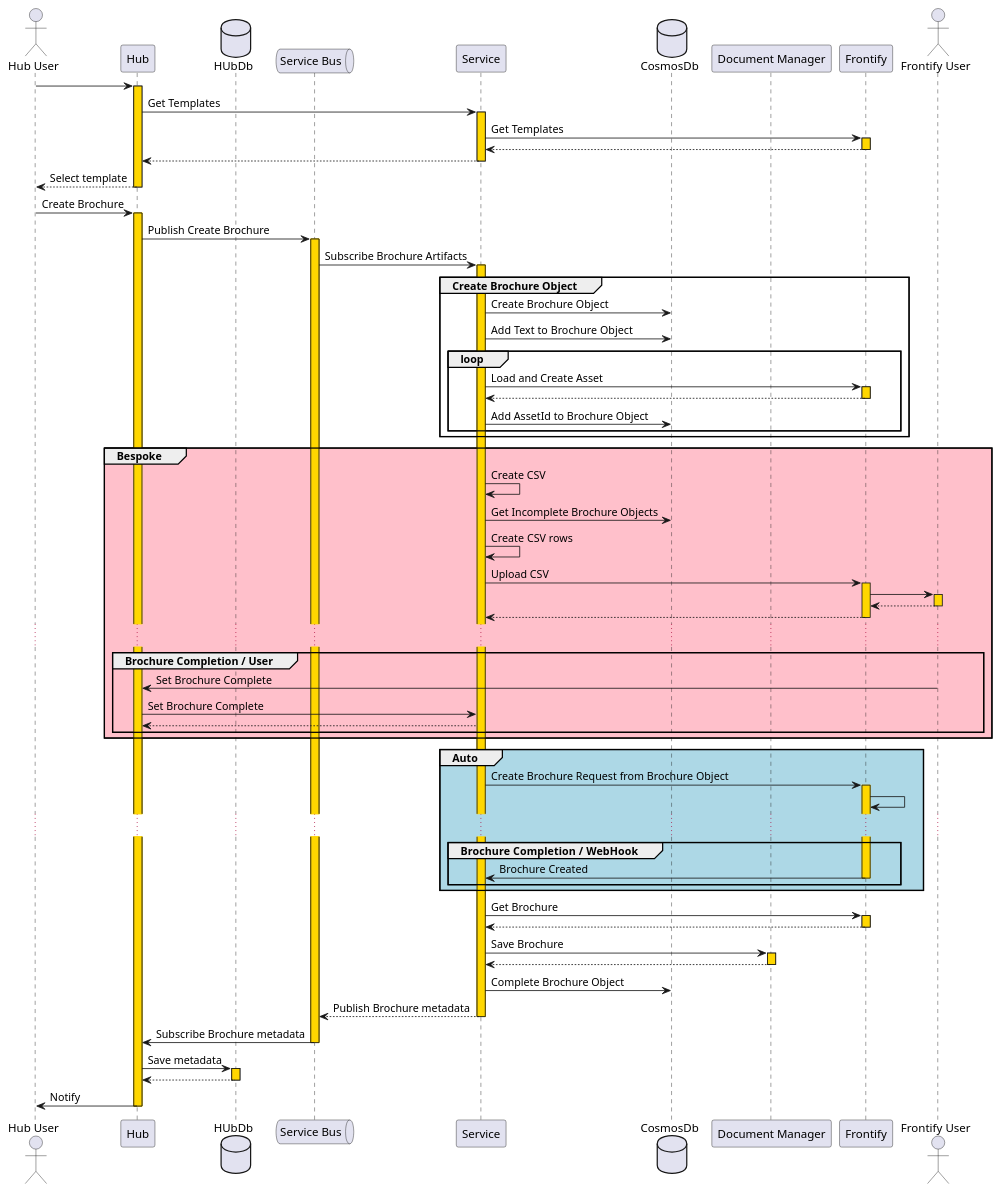
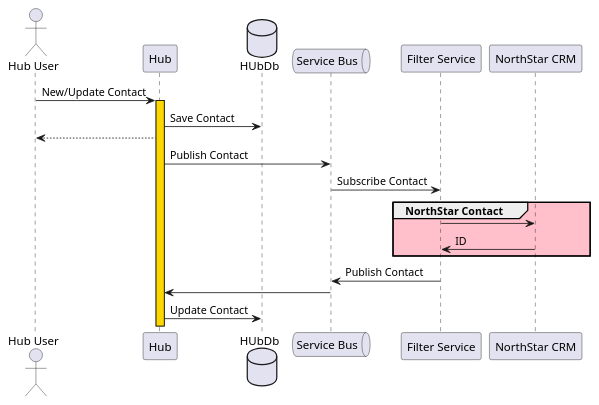
Before and after one commit to newportg/NorthStarContractIntegration: the diagram in plantuml/InteractionsSeq.puml, drawn with PlantUML. The commit also changed 1 other file, not shown here.

```diff
--- a/plantuml/InteractionsSeq.puml
+++ b/plantuml/InteractionsSeq.puml
@@ -1,70 +1,25 @@
 @startuml
 
 actor "Hub User" as user
 participant Hub as hub
 database HUbDb as hubdb
 queue "Service Bus" as bus
-participant Service as svc
-database CosmosDb as db
-participant "Document Manager" as dm
-participant Frontify as fmt
-actor "Frontify User" as fmtUsr
+participant "Filter Service" as svc
+participant "NorthStar CRM" as ns
 
-user -> hub ++ #gold
-  hub -> svc ++ #gold: Get Templates
-    svc -> fmt ++ #gold: Get Templates
-    fmt --> svc --
-  svc --> hub --
-hub --> user --: Select template
 
-user -> hub ++ #gold: Create Brochure
-  hub -> bus ++ #gold: Publish Create Brochure
-    bus -> svc ++ #gold: Subscribe Brochure Artifacts
-    Group Create Brochure Object
-        svc -> db : Create Brochure Object
-        svc -> db : Add Text to Brochure Object
-        loop
-            svc -> fmt ++ #gold: Load and Create Asset
-            fmt --> svc --  
-            svc -> db : Add AssetId to Brochure Object
-        end
-    End
-    Group #pink Bespoke 
-        svc -> svc : Create CSV
-        svc -> db : Get Incomplete Brochure Objects
-        svc -> svc : Create CSV rows
-        svc -> fmt ++ #gold: Upload CSV
-        
-        fmt -> fmtUsr ++ #gold 
-        fmtUsr --> fmt --
-        fmt --> svc --
-        ...
-        Group Brochure Completion / User
-          fmtUsr -> hub : Set Brochure Complete
-          hub -> svc : Set Brochure Complete
-          svc --> hub
-        End
+user -> hub ++ #gold : New/Update Contact
+  hub -> hubdb : Save Contact
+hub --> user  
+  hub -> bus : Publish Contact
+  bus -> svc : Subscribe Contact
+  Group #pink NorthStar Contact
+    svc -> ns 
+    ns -> svc : ID
+  end
+  
+  svc -> bus : Publish Contact
+  bus -> hub
+  hub -> hubdb : Update Contact
 
-    End
-    Group #lightblue Auto
-        svc -> fmt ++ #gold: Create Brochure Request from Brochure Object
-        fmt -> fmt : 
-        ...
-        Group Brochure Completion /  WebHook
-            fmt -> svc --: Brochure Created
-        End     
-    End
-
-    svc -> fmt ++ #gold: Get Brochure
-    fmt --> svc --
-
-    svc -> dm ++ #gold: Save Brochure
-    dm --> svc --
-    svc -> db : Complete Brochure Object
-    svc --> bus --: Publish Brochure metadata
-
-  bus -> hub --: Subscribe Brochure metadata
-  hub -> hubdb ++ #gold: Save metadata
-  hubdb --> hub --: 
-hub -> user --: Notify
 @enduml
```
